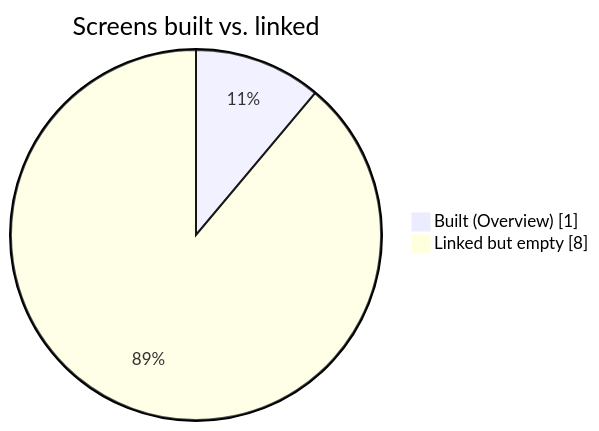
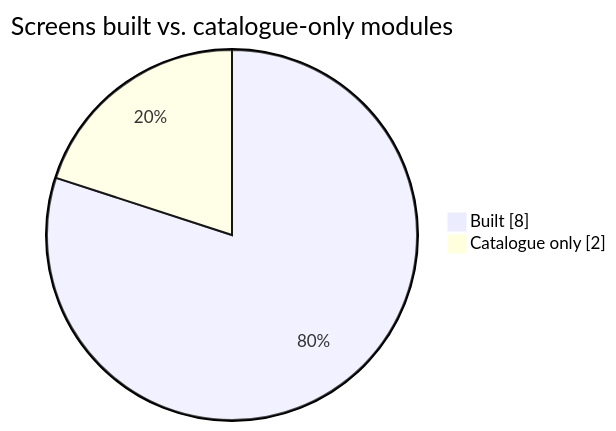
Before and after one commit to rixsta16/prism: the second of 2 diagrams in docs/ROADMAP.md, drawn with Mermaid. The commit also changed other lines of this file and 39 other files, not shown here.

````diff
--- a/docs/ROADMAP.md
+++ b/docs/ROADMAP.md
@@ -59,6 +61,6 @@
 ```mermaid
 pie showData
-    title Screens built vs. linked
-    "Built (Overview)" : 1
-    "Linked but empty" : 8
+    title Screens built vs. catalogue-only modules
+    "Built" : 8
+    "Catalogue only" : 2
 ```
````
